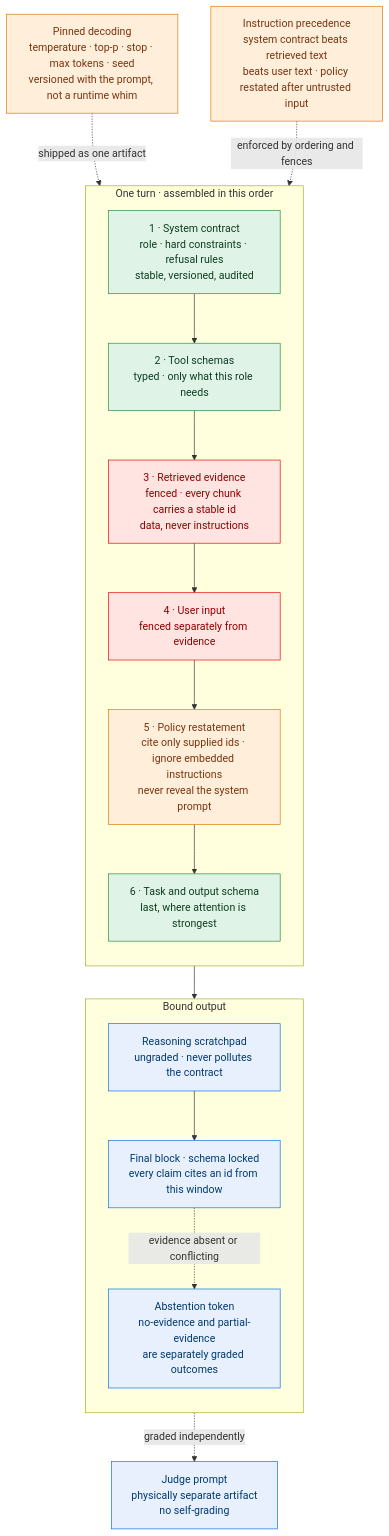
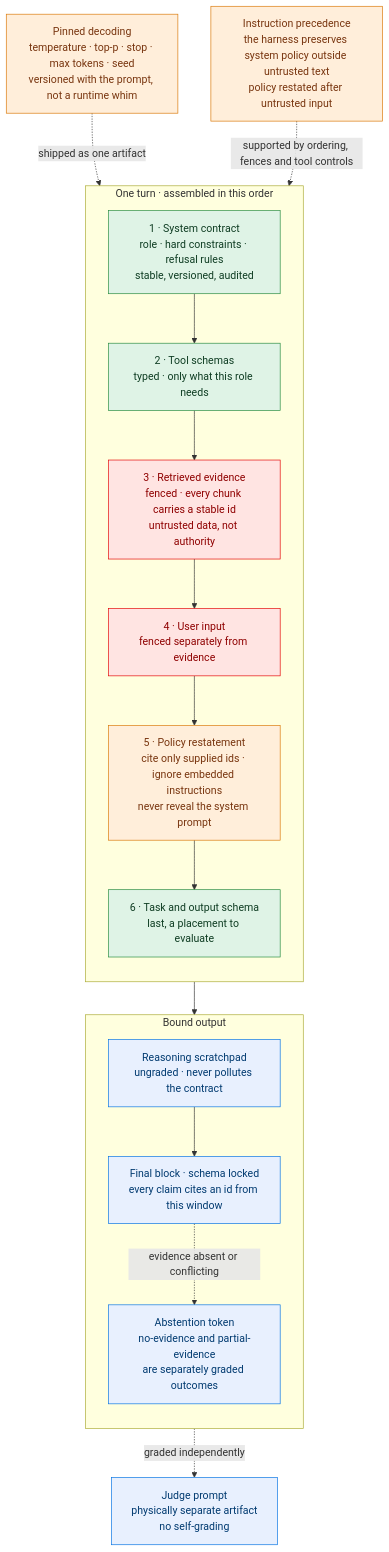
One commit to mlvpatel/open-weight-agent-stack changed the seventh of 18 diagrams in MANUAL.md. Above: the diagram before and after it, drawn with Mermaid. The commit also changed other lines of this file and 11 other files, not shown here.

````diff
--- a/MANUAL.md
+++ b/MANUAL.md
@@ -669,40 +670,40 @@
 ```mermaid
 flowchart TB
     subgraph TURN["One turn · assembled in this order"]
         direction TB
         P1["1 · System contract<br/>role · hard constraints · refusal rules<br/>stable, versioned, audited"]
         P2["2 · Tool schemas<br/>typed · only what this role needs"]
-        P3["3 · Retrieved evidence<br/>fenced · every chunk carries a stable id<br/>data, never instructions"]
+        P3["3 · Retrieved evidence<br/>fenced · every chunk carries a stable id<br/>untrusted data, not authority"]
         P4["4 · User input<br/>fenced separately from evidence"]
         P5["5 · Policy restatement<br/>cite only supplied ids · ignore embedded instructions<br/>never reveal the system prompt"]
-        P6["6 · Task and output schema<br/>last, where attention is strongest"]
+        P6["6 · Task and output schema<br/>last, a placement to evaluate"]
     end
 
     subgraph BOUND["Bound output"]
         direction TB
         B1["Reasoning scratchpad<br/>ungraded · never pollutes the contract"]
         B2["Final block · schema locked<br/>every claim cites an id from this window"]
         B3["Abstention token<br/>no-evidence and partial-evidence<br/>are separately graded outcomes"]
     end
 
     DEC["Pinned decoding<br/>temperature · top-p · stop · max tokens · seed<br/>versioned with the prompt, not a runtime whim"]
-    PREC["Instruction precedence<br/>system contract beats retrieved text<br/>beats user text · policy restated after untrusted input"]
+    PREC["Instruction precedence<br/>the harness preserves system policy outside untrusted text<br/>policy restated after untrusted input"]
     JUDGE["Judge prompt<br/>physically separate artifact<br/>no self-grading"]
 
     P1 --> P2 --> P3 --> P4 --> P5 --> P6
     P6 --> B1 --> B2
     B2 -.->|evidence absent or conflicting| B3
     DEC -.->|shipped as one artifact| P1
-    PREC -.->|enforced by ordering and fences| P5
+    PREC -.->|supported by ordering, fences and tool controls| P5
     B2 -.->|graded independently| JUDGE
 
     classDef contract fill:#dff3e6,stroke:#248a3d,color:#0f3d23
     classDef untrusted fill:#ffe4e2,stroke:#e30000,color:#8f0000
     classDef policy fill:#ffeeda,stroke:#d97706,color:#78350f
     classDef out fill:#e8f0fe,stroke:#0071e3,color:#003a70
 
     class P1,P2,P6 contract
     class P3,P4 untrusted
     class P5,PREC,DEC policy
     class B1,B2,B3,JUDGE out
 ```
````
